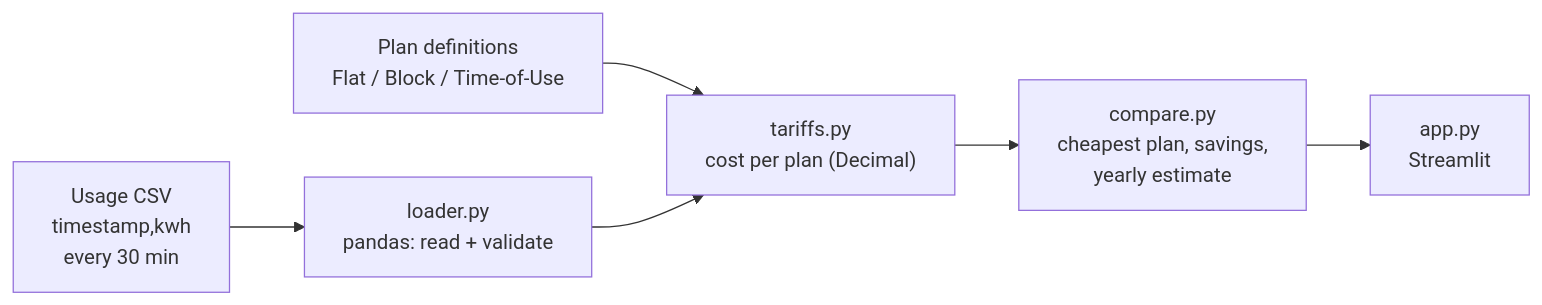
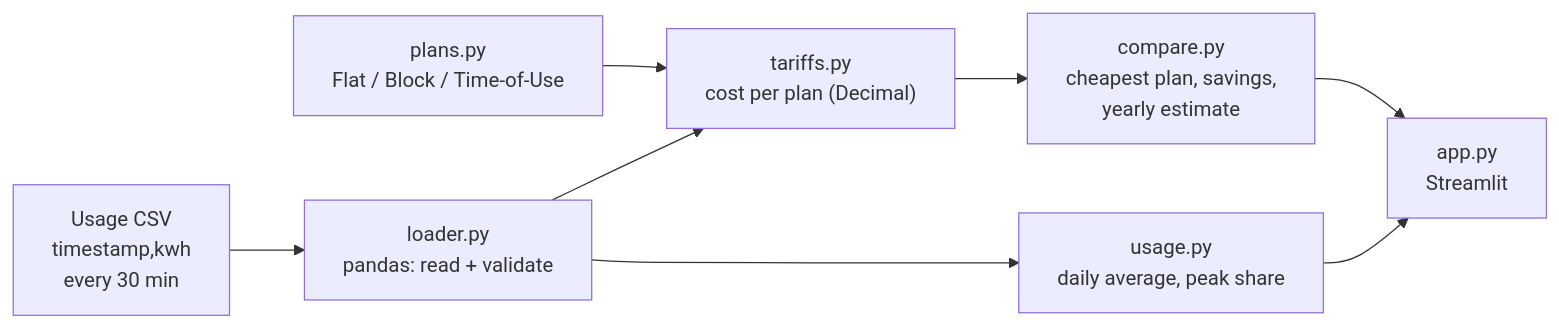
Before and after one commit to vy-trg/tariffcheck: the diagram in README.md, drawn with Mermaid. The commit also changed other lines of this file and 5 other files, not shown here.

````diff
--- a/README.md
+++ b/README.md
@@ -18,8 +35,10 @@
 ```mermaid
 flowchart LR
     CSV["Usage CSV<br/>timestamp,kwh<br/>every 30 min"] --> Load["loader.py<br/>pandas: read + validate"]
-    Plans["Plan definitions<br/>Flat / Block / Time-of-Use"] --> Engine
+    Plans["plans.py<br/>Flat / Block / Time-of-Use"] --> Engine
     Load --> Engine["tariffs.py<br/>cost per plan (Decimal)"]
     Engine --> Compare["compare.py<br/>cheapest plan, savings,<br/>yearly estimate"]
+    Load --> Usage["usage.py<br/>daily average, peak share"]
     Compare --> UI["app.py<br/>Streamlit"]
+    Usage --> UI
 ```
````
